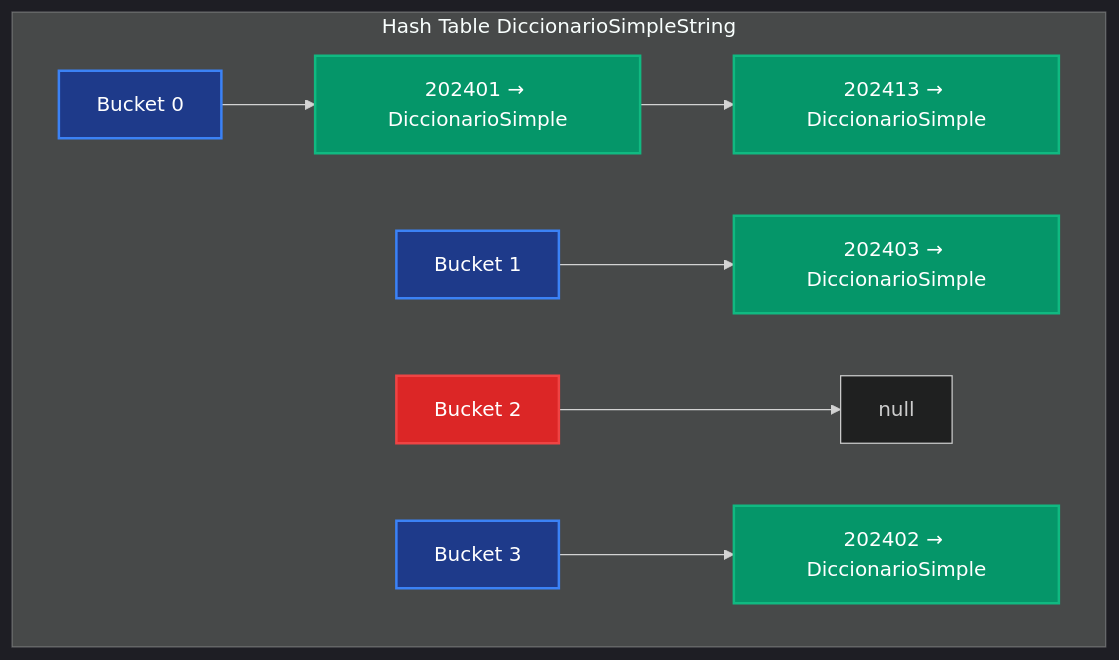
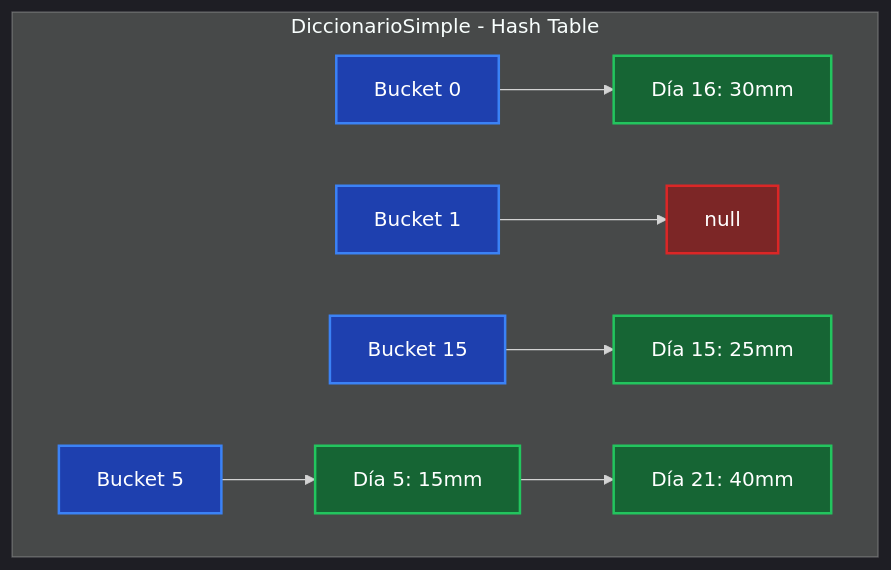
One commit to pybalt/algo2 changed the sixth of 16 diagrams in tp-final/README_IMPLEMENTACIONES.md. Above: the diagram before and after it, drawn with Mermaid. The commit also changed other lines of this file and 1 other file, not shown here.

````diff
--- a/tp-final/README_IMPLEMENTACIONES.md
+++ b/tp-final/README_IMPLEMENTACIONES.md
@@ -154,20 +220,21 @@
 ```mermaid
 %%{init: {'theme':'dark'}}%%
 graph TB
-    subgraph "Hash Table DiccionarioSimpleString"
-        A["Bucket 0"] --> B["202401 → DiccionarioSimple"]
-        B --> B2["202413 → DiccionarioSimple"]
-        C["Bucket 1"] --> D["202403 → DiccionarioSimple"]
-        E["Bucket 2"] --> F["null"]
-        G["Bucket 3"] --> H["202402 → DiccionarioSimple"]
+    subgraph "DiccionarioSimple - Hash Table"
+        A["Bucket 0"] --> B["Día 16: 30mm"]
+        C["Bucket 1"] --> D["null"]
+        E["Bucket 15"] --> F["Día 15: 25mm"]
+        G["Bucket 5"] --> H["Día 5: 15mm"]
+        H --> H2["Día 21: 40mm"]
     end
     
-    style A fill:#1e3a8a,stroke:#3b82f6,stroke-width:2px,color:#fff
-    style C fill:#1e3a8a,stroke:#3b82f6,stroke-width:2px,color:#fff
-    style E fill:#dc2626,stroke:#ef4444,stroke-width:2px,color:#fff
-    style G fill:#1e3a8a,stroke:#3b82f6,stroke-width:2px,color:#fff
-    style B fill:#059669,stroke:#10b981,stroke-width:2px,color:#fff
-    style B2 fill:#059669,stroke:#10b981,stroke-width:2px,color:#fff
-    style D fill:#059669,stroke:#10b981,stroke-width:2px,color:#fff
-    style H fill:#059669,stroke:#10b981,stroke-width:2px,color:#fff
+    style A fill:#1e40af,stroke:#3b82f6,stroke-width:2px,color:#ffffff
+    style C fill:#1e40af,stroke:#3b82f6,stroke-width:2px,color:#ffffff
+    style E fill:#1e40af,stroke:#3b82f6,stroke-width:2px,color:#ffffff
+    style G fill:#1e40af,stroke:#3b82f6,stroke-width:2px,color:#ffffff
+    style B fill:#166534,stroke:#22c55e,stroke-width:2px,color:#ffffff
+    style D fill:#7c2626,stroke:#dc2626,stroke-width:2px,color:#ffffff
+    style F fill:#166534,stroke:#22c55e,stroke-width:2px,color:#ffffff
+    style H fill:#166534,stroke:#22c55e,stroke-width:2px,color:#ffffff
+    style H2 fill:#166534,stroke:#22c55e,stroke-width:2px,color:#ffffff
 ```
````
